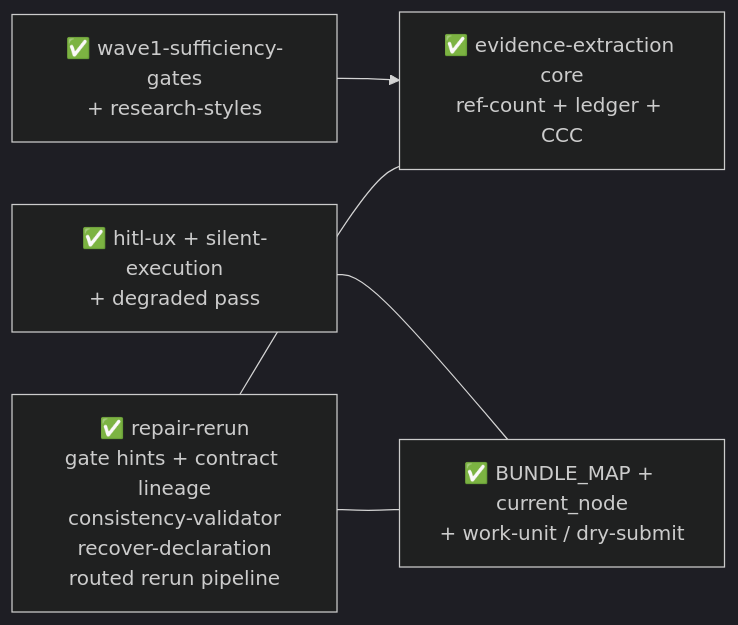
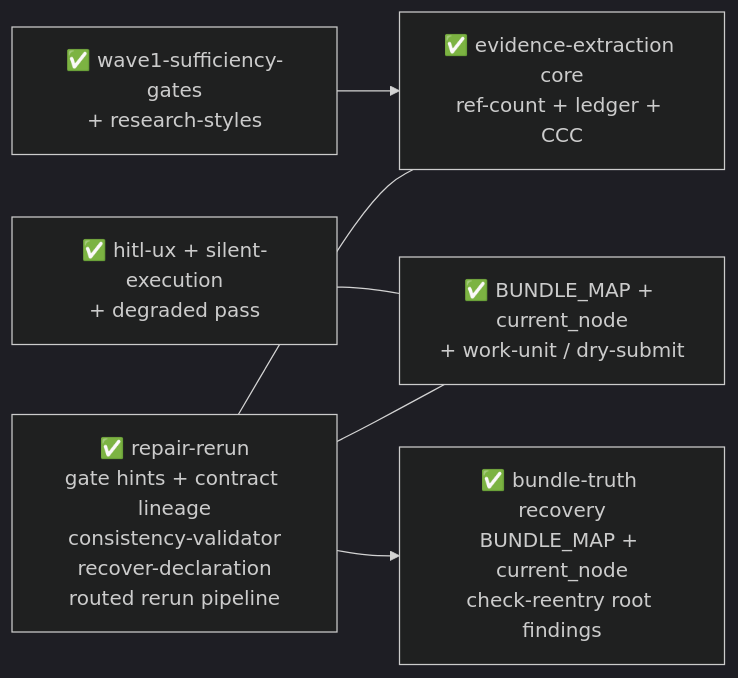
Before and after one commit to ethan-jiang-1/ai_tool_deepresearch: the first of 5 diagrams in _backlog/todos/README.md, drawn with Mermaid (dark theme). The commit also changed other lines of this file and 28 other files, not shown here.

````diff
--- a/_backlog/todos/README.md
+++ b/_backlog/todos/README.md
@@ -49,12 +51,14 @@
 ```mermaid
 flowchart LR
   S["✅ wave1-sufficiency-gates<br/>+ research-styles"]
   E["✅ evidence-extraction core<br/>ref-count + ledger + CCC"]
   H["✅ hitl-ux + silent-execution<br/>+ degraded pass"]
   B["✅ BUNDLE_MAP + current_node<br/>+ work-unit / dry-submit"]
   R["✅ repair-rerun<br/>gate hints + contract lineage<br/>consistency-validator<br/>recover-declaration<br/>routed rerun pipeline"]
+  C["✅ bundle-truth recovery<br/>BUNDLE_MAP + current_node<br/>check-reentry root findings"]
   S --> E
   H --- B
   R --- E
   R --- B
+  R --> C
 ```
````
